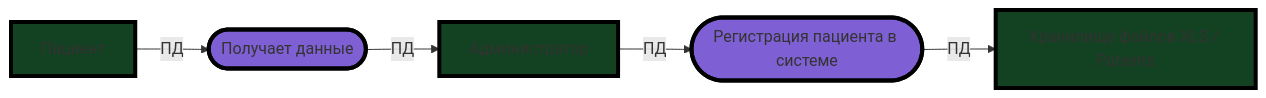
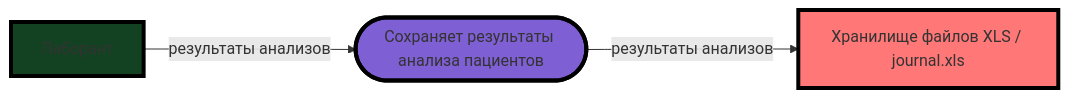
Before and after one commit to belyaev-a-g/architecture-medikamente: the first of 9 diagrams in Task_1/Readme.md, drawn with Mermaid. The commit also changed other lines of this file, not shown here.

````diff
--- a/Task_1/Readme.md
+++ b/Task_1/Readme.md
@@ -40,11 +41,11 @@
 ```mermaid
 flowchart LR
     classDef action fill:#7F5FD4, stroke:#000, stroke-width:4px
     classDef entity fill:#124221, stroke:#000, stroke-width:4px
-    pacient[Пациент]:::entity
-    admin[Администратор]:::entity
-    xls_share[Хранилище файлов XLS / Patients]:::entity
-    register([Регистрация пациента в системе]):::action
-    get([Получает данные]):::action
-    pacient--"ПД"--> get--"ПД"--> admin --"ПД"--> register--"ПД"-->xls_share
+    classDef share fill:#FF7777 , stroke:#000, stroke-width:4px
+    
+    xls_share[Хранилище файлов XLS / journal.xls]:::share
+    edit([Сохраняет результаты анализа пациентов]):::action
+    doctor[Лаборант]:::entity    
+    doctor--"результаты анализов"--> edit--"результаты анализов"--> xls_share
 ```
````
